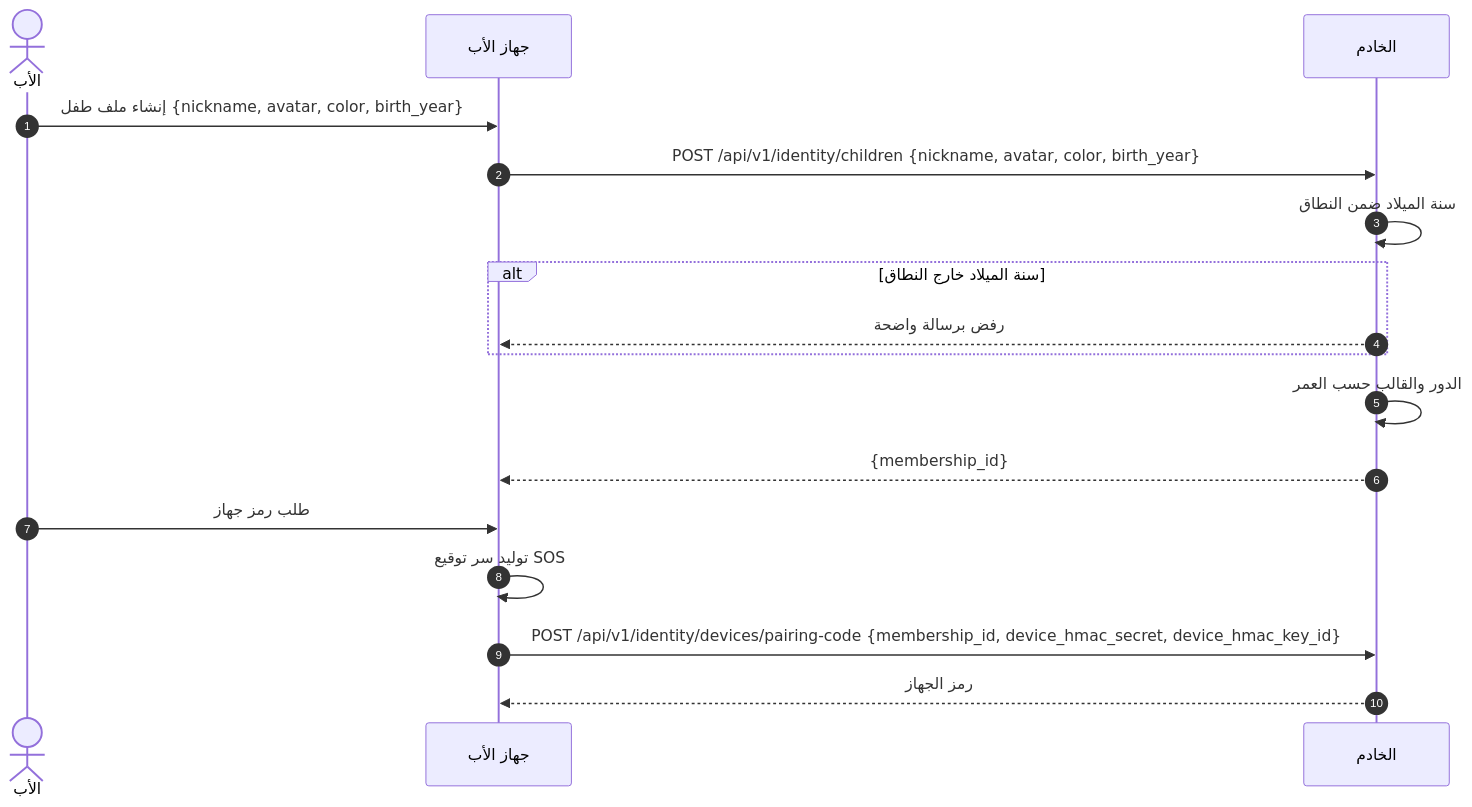
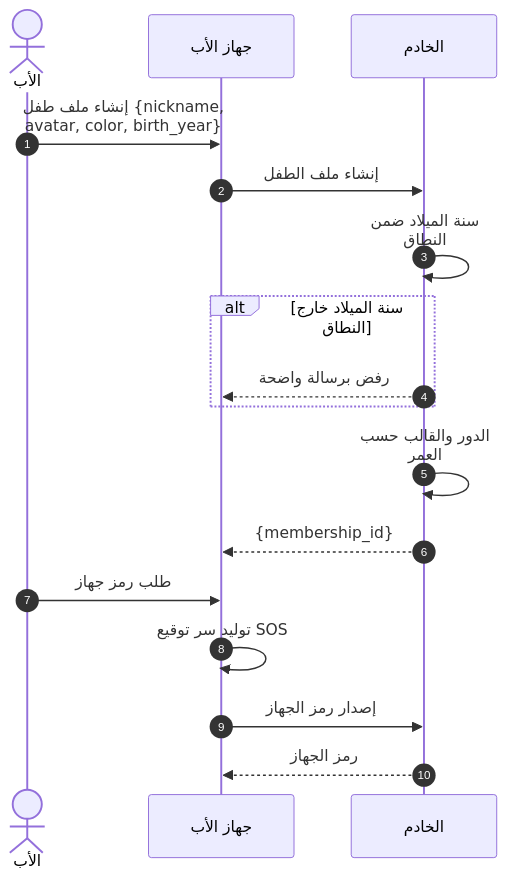
One commit to Bassam-mohammed-alqaeadi/family-os-v2 changed the ninth of 36 diagrams in docs/family-os/governance/phases/phase-1/S1-02-identity-and-onboarding/DIAGRAMS.md. Above: the diagram before and after it, drawn with Mermaid. The commit also changed other lines of this file, not shown here.

````diff
--- a/docs/family-os/governance/phases/phase-1/S1-02-identity-and-onboarding/DIAGRAMS.md
+++ b/docs/family-os/governance/phases/phase-1/S1-02-identity-and-onboarding/DIAGRAMS.md
@@ -444,19 +461,20 @@
 ```mermaid
+%%{init: {"sequence": {"wrap": true}}}%%
 sequenceDiagram
     autonumber
     actor Father as الأب
     participant ParentApp as جهاز الأب
     participant Ktor as الخادم
     Father->>ParentApp: إنشاء ملف طفل {nickname, avatar, color, birth_year}
-    ParentApp->>Ktor: POST /api/v1/identity/children {nickname, avatar, color, birth_year}
+    ParentApp->>Ktor: إنشاء ملف الطفل
     Ktor->>Ktor: سنة الميلاد ضمن النطاق
     alt سنة الميلاد خارج النطاق
         Ktor-->>ParentApp: رفض برسالة واضحة
     end
     Ktor->>Ktor: الدور والقالب حسب العمر
     Ktor-->>ParentApp: {membership_id}
     Father->>ParentApp: طلب رمز جهاز
     ParentApp->>ParentApp: توليد سر توقيع SOS
-    ParentApp->>Ktor: POST /api/v1/identity/devices/pairing-code {membership_id, device_hmac_secret, device_hmac_key_id}
+    ParentApp->>Ktor: إصدار رمز الجهاز
     Ktor-->>ParentApp: رمز الجهاز
 ```
````
